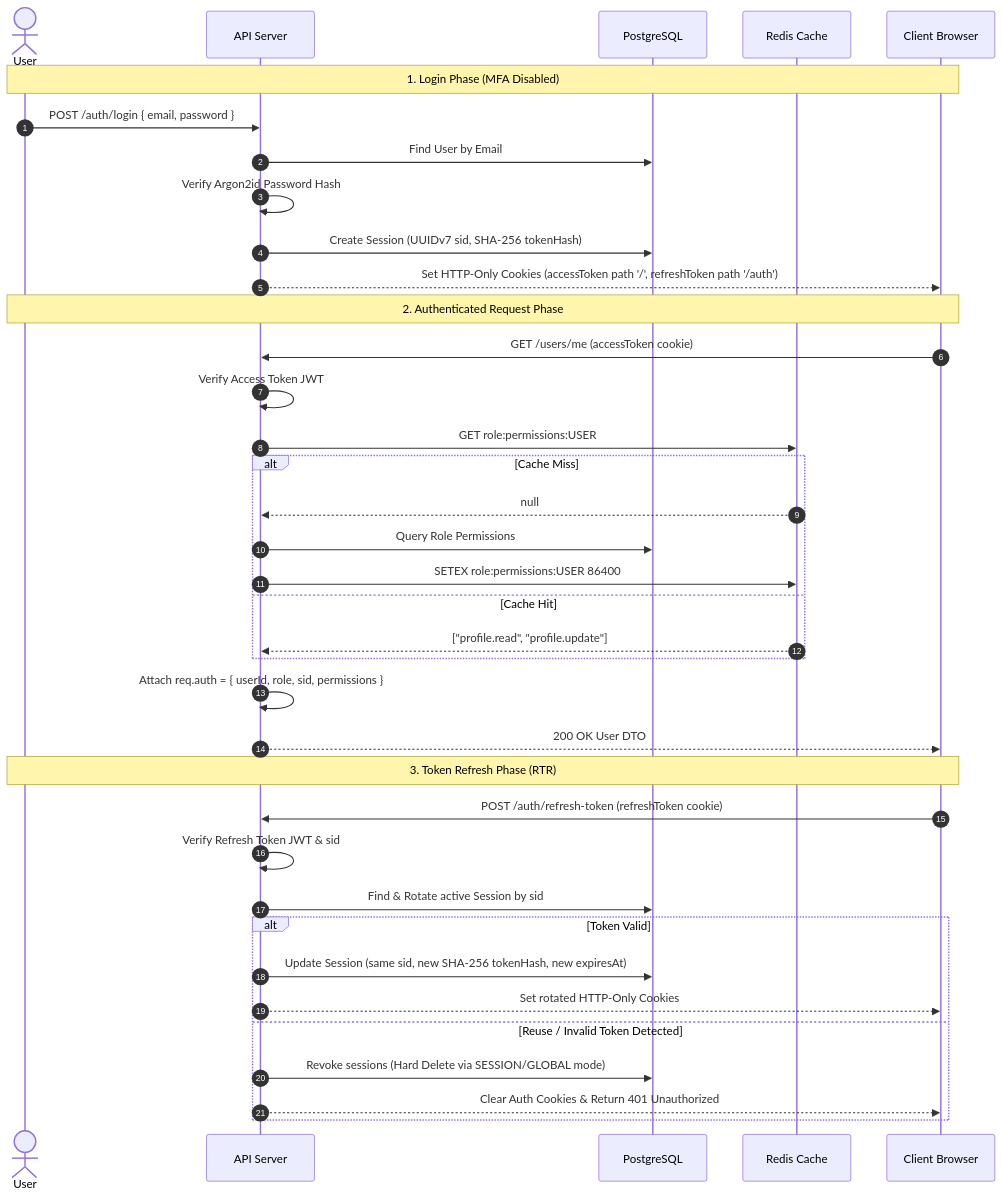
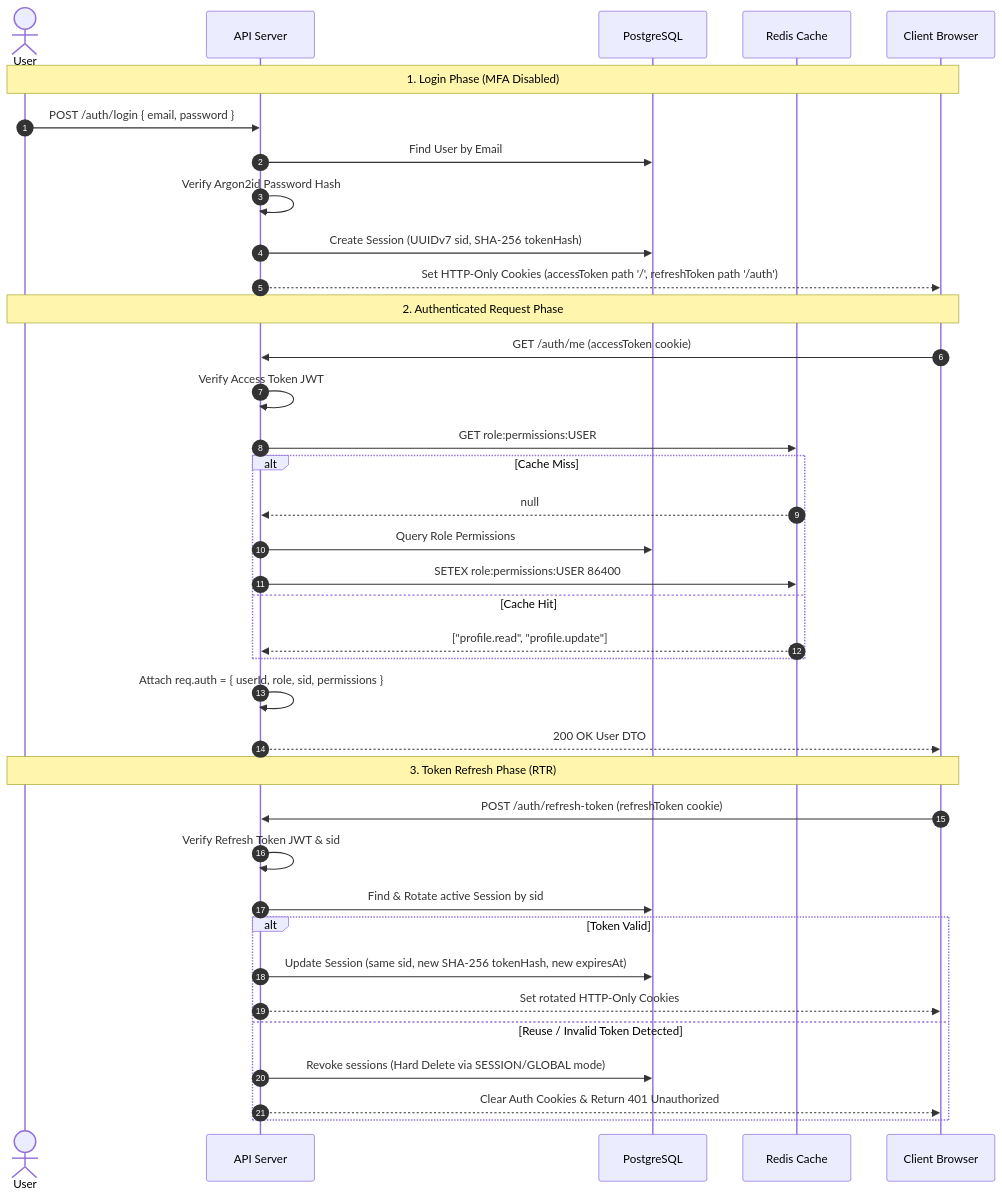
The third of 9 diagrams in docs/ARCHITECTURE.md (utkarshj014/authsphere), drawn with Mermaid before and after one commit. The commit also changed other lines of this file and 3 other files, not shown here.

````diff
--- a/docs/ARCHITECTURE.md
+++ b/docs/ARCHITECTURE.md
@@ -211,42 +211,42 @@
 ```mermaid
 sequenceDiagram
     autonumber
     actor User
     participant API as API Server
     participant DB as PostgreSQL
     participant Redis as Redis Cache
     participant Client as Client Browser
 
     Note over User, Client: 1. Login Phase (MFA Disabled)
     User->>API: POST /auth/login { email, password }
     API->>DB: Find User by Email
     API->>API: Verify Argon2id Password Hash
     API->>DB: Create Session (UUIDv7 sid, SHA-256 tokenHash)
     API-->>Client: Set HTTP-Only Cookies (accessToken path '/', refreshToken path '/auth')
 
     Note over User, Client: 2. Authenticated Request Phase
-    Client->>API: GET /users/me (accessToken cookie)
+    Client->>API: GET /auth/me (accessToken cookie)
     API->>API: Verify Access Token JWT
     API->>Redis: GET role:permissions:USER
     alt Cache Miss
         Redis-->>API: null
         API->>DB: Query Role Permissions
         API->>Redis: SETEX role:permissions:USER 86400
     else Cache Hit
         Redis-->>API: ["profile.read", "profile.update"]
     end
     API->>API: Attach req.auth = { userId, role, sid, permissions }
     API-->>Client: 200 OK User DTO
 
     Note over User, Client: 3. Token Refresh Phase (RTR)
     Client->>API: POST /auth/refresh-token (refreshToken cookie)
     API->>API: Verify Refresh Token JWT & sid
     API->>DB: Find & Rotate active Session by sid
     alt Token Valid
         API->>DB: Update Session (same sid, new SHA-256 tokenHash, new expiresAt)
         API-->>Client: Set rotated HTTP-Only Cookies
     else Reuse / Invalid Token Detected
         API->>DB: Revoke sessions (Hard Delete via SESSION/GLOBAL mode)
         API-->>Client: Clear Auth Cookies & Return 401 Unauthorized
     end
 ```
````
